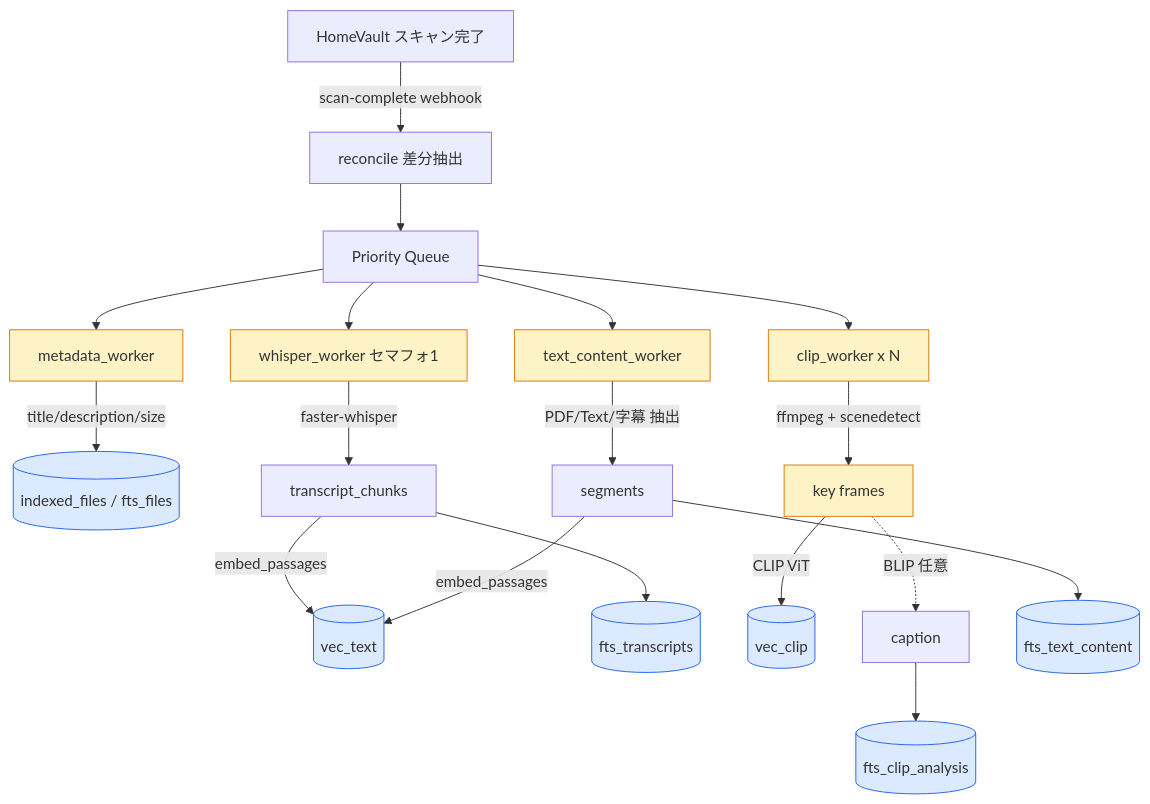
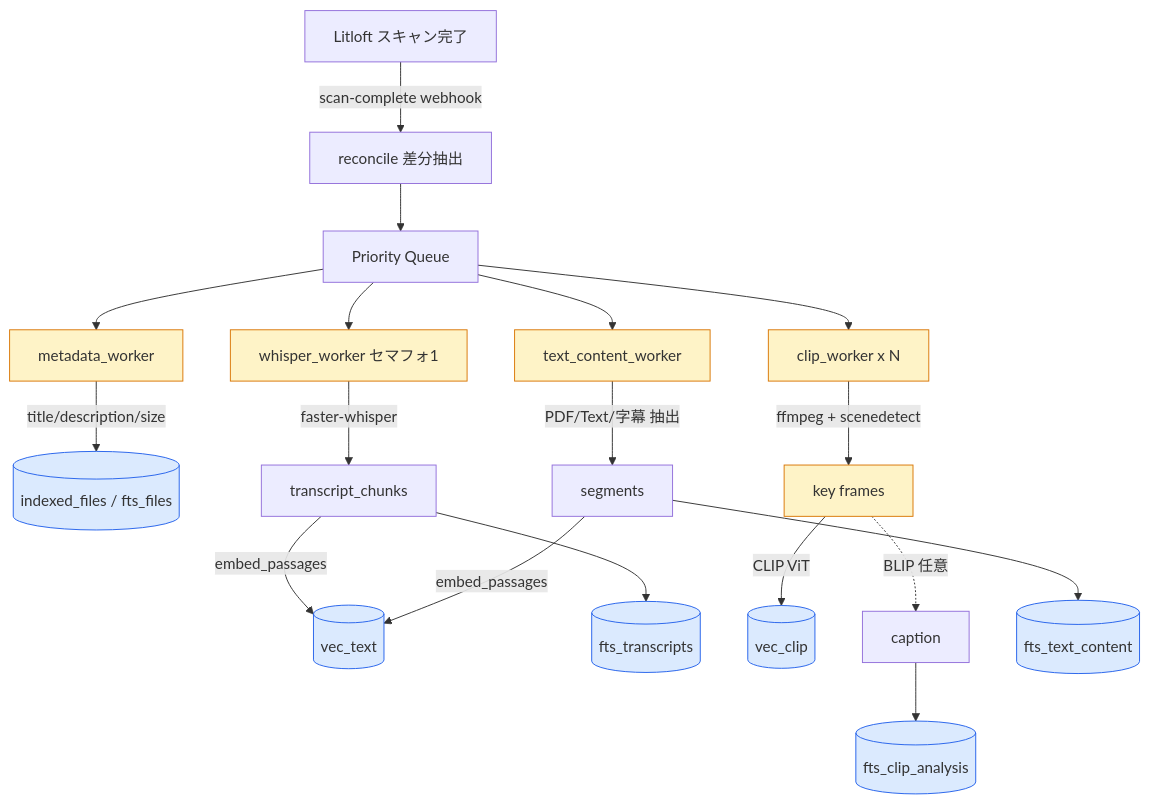
Before and after one commit to mamepenguin/Litloft: the fourth of 6 diagrams in docs/FEATURE-MAP.md, drawn with Mermaid. The commit also changed other lines of this file and 27 other files, not shown here.

Commit message:
rename: HomeVault → Litloft (brand strings)

````diff
--- a/docs/FEATURE-MAP.md
+++ b/docs/FEATURE-MAP.md
@@ -150,29 +150,29 @@
 ```mermaid
 flowchart TD
-  A[HomeVault スキャン完了] -->|scan-complete webhook| B[reconcile 差分抽出]
+  A[Litloft スキャン完了] -->|scan-complete webhook| B[reconcile 差分抽出]
   B --> Q[Priority Queue]
 
   Q --> M[metadata_worker]
   Q --> W[whisper_worker セマフォ1]
   Q --> C[clip_worker x N]
   Q --> T[text_content_worker]
 
   M -->|title/description/size| DB1[(indexed_files / fts_files)]
 
   W -->|faster-whisper| WR[transcript_chunks]
   WR -->|embed_passages| V1[(vec_text)]
   WR --> DB2[(fts_transcripts)]
 
   C -->|ffmpeg + scenedetect| F[key frames]
   F -->|CLIP ViT| V2[(vec_clip)]
   F -.BLIP 任意.-> CAP[caption] --> DB3[(fts_clip_analysis)]
 
   T -->|PDF/Text/字幕 抽出| TS[segments]
   TS -->|embed_passages| V1
   TS --> DB4[(fts_text_content)]
 
   classDef model fill:#fef3c7,stroke:#d97706
   classDef db fill:#dbeafe,stroke:#2563eb
   class M,W,C,T,F model
   class DB1,DB2,DB3,DB4,V1,V2 db
 ```
````
